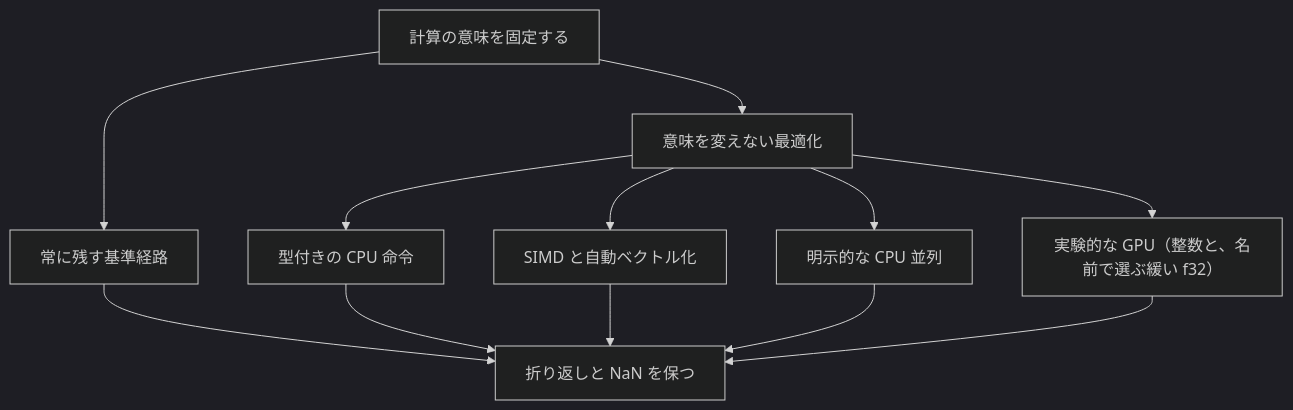
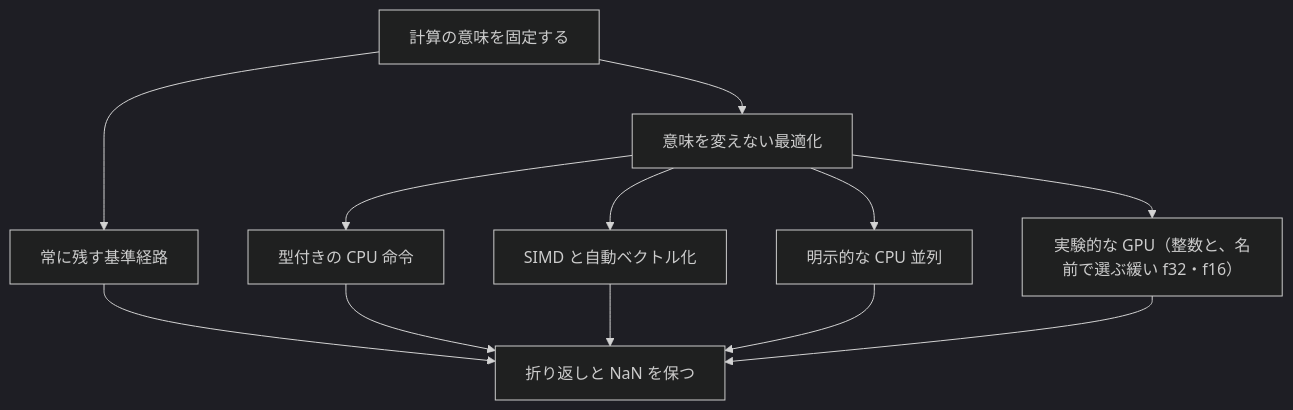
Before and after one commit to tatsuya-midorikawa/Tsuzuri: the diagram in _tsuzuri/language-reference/languages/strategy.md, drawn with Mermaid (dark theme). The commit also changed other lines of this file and 29 other files, not shown here.

````diff
--- a/_tsuzuri/language-reference/languages/strategy.md
+++ b/_tsuzuri/language-reference/languages/strategy.md
@@ -60,14 +60,14 @@
 ```mermaid
 flowchart TD
   meaning["計算の意味を固定する"] --> portable["常に残す基準経路"]
   meaning --> tuned["意味を変えない最適化"]
   tuned --> scalar["型付きの CPU 命令"]
   tuned --> simd["SIMD と自動ベクトル化"]
   tuned --> parallel["明示的な CPU 並列"]
-  tuned --> gpu["実験的な GPU（整数と、名前で選ぶ緩い f32）"]
+  tuned --> gpu["実験的な GPU（整数と、名前で選ぶ緩い f32・f16）"]
   portable --> same["折り返しと NaN を保つ"]
   scalar --> same
   simd --> same
   parallel --> same
   gpu --> same
 ```
````
